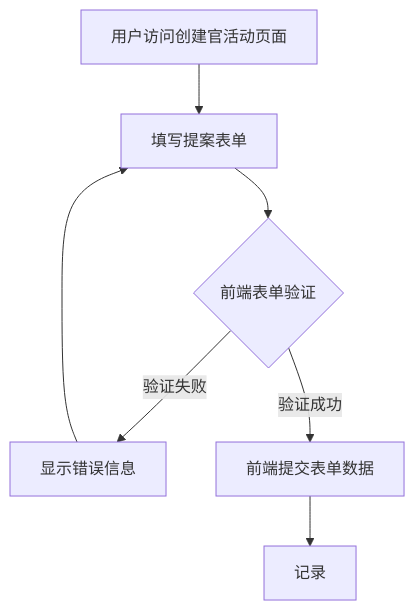
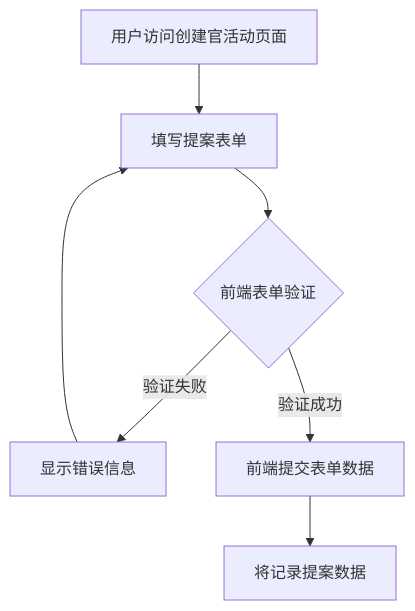
One commit to yingjianzh/iodraw-files changed the diagram in all/未命名-72.md. Above: the diagram before and after it, drawn with Mermaid.

Commit message:
2025-07-03 18:12:23 update

````diff
--- a/all/未命名-72.md
+++ b/all/未命名-72.md
@@ -1,11 +1,11 @@
 ```mermaid
 
 flowchart TD
     A[用户访问创建官活动页面] --> B[填写提案表单]
     B --> C{前端表单验证}
     C -->|验证失败| D[显示错误信息]
     D --> B
     C -->|验证成功| E[前端提交表单数据]
-    E --> F[记录]
+    E --> F[将记录提案数据]
 
 ```
````
